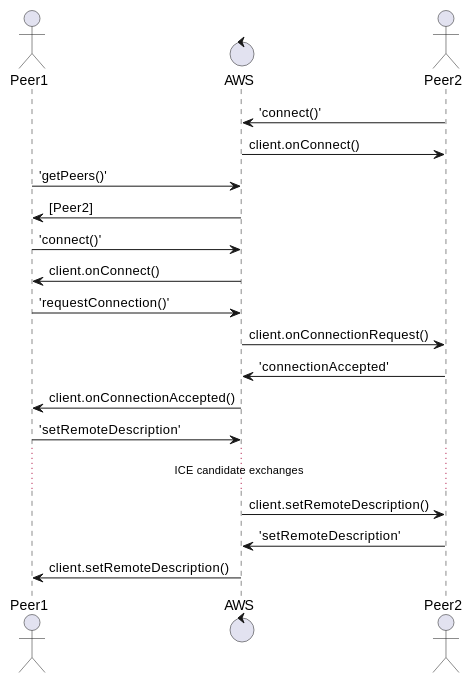
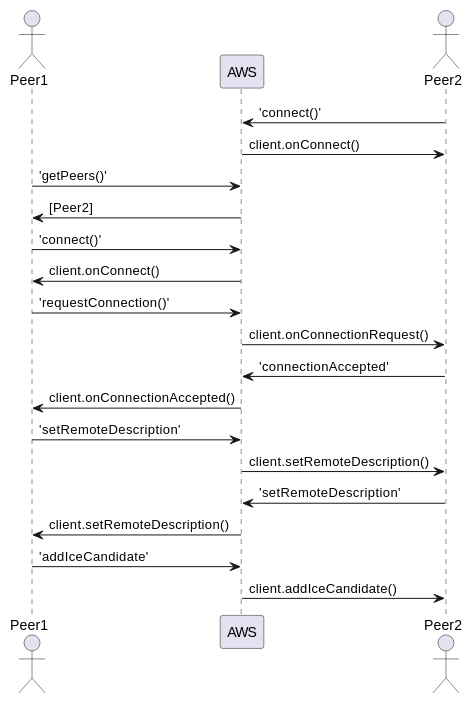
Before and after one commit to yintothayang/lobby: the diagram in README.org, drawn with PlantUML. The commit also changed other lines of this file and 6 other files, not shown here.

```diff
--- a/README.org
+++ b/README.org
@@ -1,21 +5,22 @@
-  #+begin_src plantuml :file sequence.png :exports both
+   #+begin_src plantuml :file sequence.png :exports both
   actor Peer1
-  control AWS
+  participant AWS
   actor Peer2
 
   Peer2 -> AWS : 'connect()'
   AWS -> Peer2 : client.onConnect()
   Peer1 -> AWS : 'getPeers()'
   AWS -> Peer1 : [Peer2]
   Peer1 -> AWS : 'connect()'
   AWS -> Peer1 : client.onConnect()
   Peer1 -> AWS : 'requestConnection()'
   AWS -> Peer2 : client.onConnectionRequest()
   Peer2 -> AWS : 'connectionAccepted'
   AWS -> Peer1 : client.onConnectionAccepted()
   Peer1 -> AWS : 'setRemoteDescription'
-  ...ICE candidate exchanges...
   AWS -> Peer2 : client.setRemoteDescription()
   Peer2 -> AWS : 'setRemoteDescription'
   AWS -> Peer1 : client.setRemoteDescription()
-  #+end_src
+  Peer1 -> AWS : 'addIceCandidate'
+  AWS -> Peer2 : client.addIceCandidate()
+   #+end_src
```
